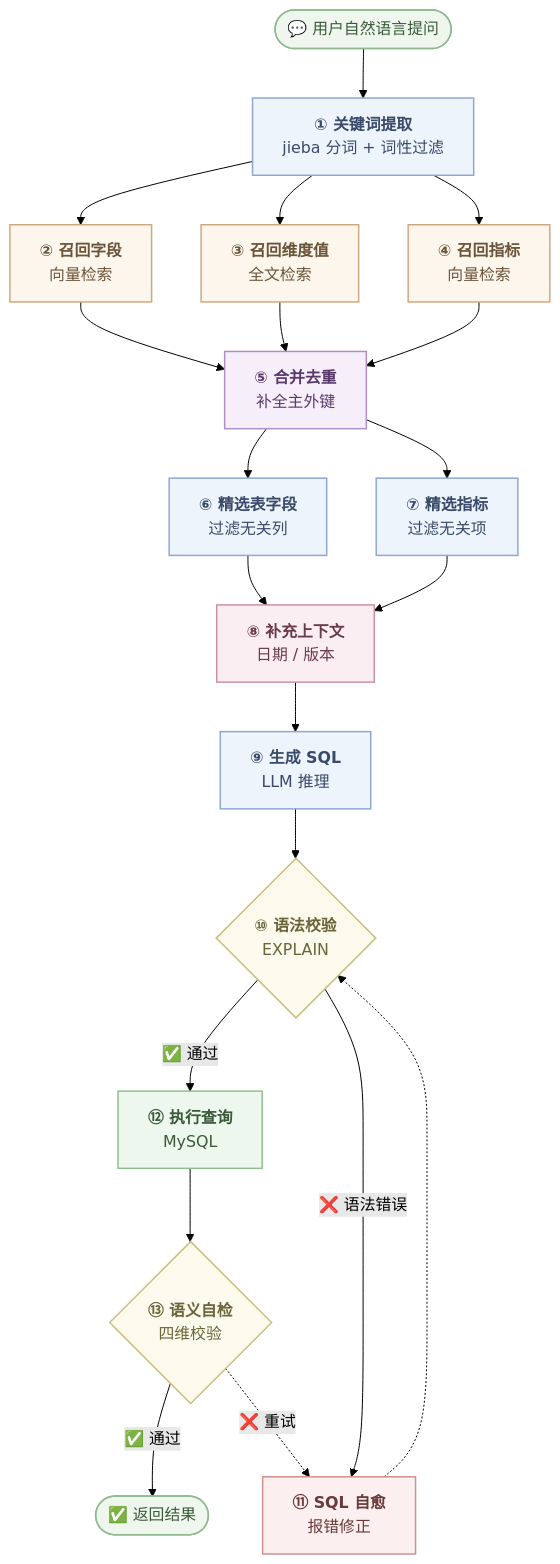
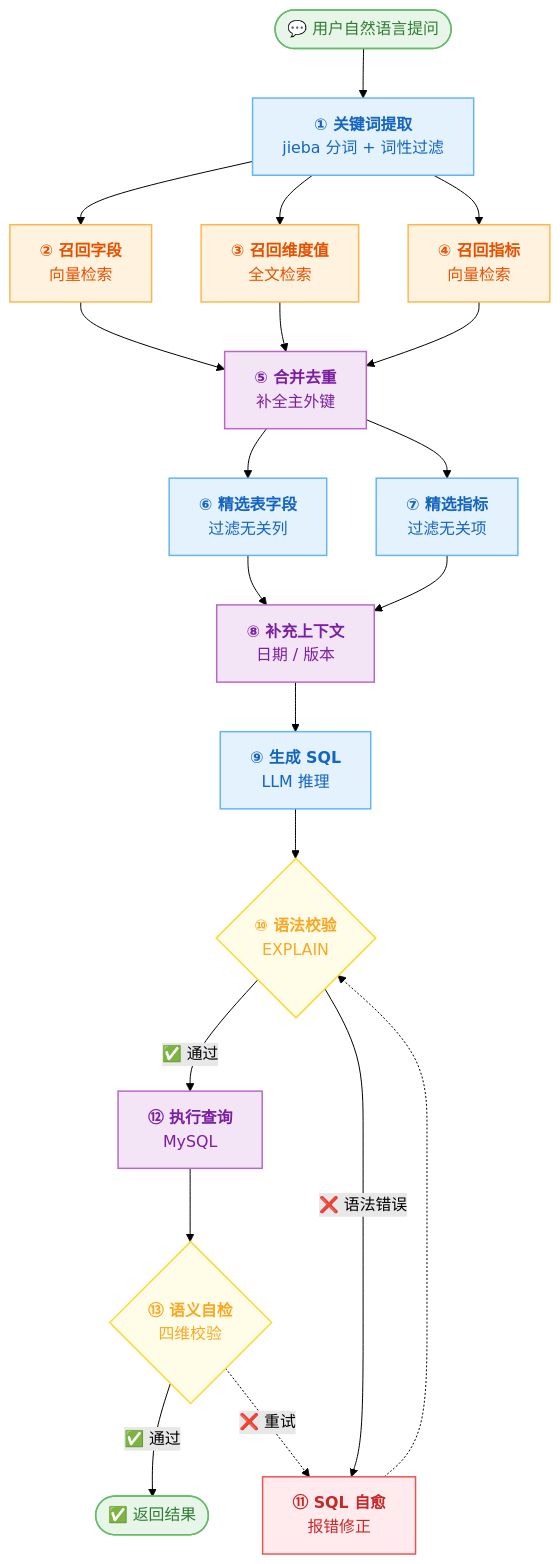
The first of 2 diagrams in README.md (yj9407/RAG-ZhiDaFangZhou), drawn with Mermaid (forest theme) before and after one commit. The commit also changed other lines of this file, not shown here.

Commit message:
style: 精简链路图为 6 色，图例与节点一一对应

````diff
--- a/README.md
+++ b/README.md
@@ -19,41 +19,39 @@
 ```mermaid
 graph TD
     START(["💬 用户自然语言提问"]):::startEnd
     START --> N1["<b>① 关键词提取</b><br/>jieba 分词 + 词性过滤"]:::llm
 
     N1 --> N2["<b>② 召回字段</b><br/>向量检索"]:::search
     N1 --> N3["<b>③ 召回维度值</b><br/>全文检索"]:::search
     N1 --> N4["<b>④ 召回指标</b><br/>向量检索"]:::search
 
     N2 --> N5["<b>⑤ 合并去重</b><br/>补全主外键"]:::merge
     N3 --> N5
     N4 --> N5
 
     N5 --> N6["<b>⑥ 精选表字段</b><br/>过滤无关列"]:::llm
     N5 --> N7["<b>⑦ 精选指标</b><br/>过滤无关项"]:::llm
 
-    N6 --> N8["<b>⑧ 补充上下文</b><br/>日期 / 版本"]:::ctx
+    N6 --> N8["<b>⑧ 补充上下文</b><br/>日期 / 版本"]:::merge
     N7 --> N8
 
     N8 --> N9["<b>⑨ 生成 SQL</b><br/>LLM 推理"]:::llm
 
     N9 --> N10{"<b>⑩ 语法校验</b><br/>EXPLAIN"}:::decision
 
-    N10 -->|"✅ 通过"| N12["<b>⑫ 执行查询</b><br/>MySQL"]:::exec
+    N10 -->|"✅ 通过"| N12["<b>⑫ 执行查询</b><br/>MySQL"]:::merge
     N10 -->|"❌ 语法错误"| N11["<b>⑪ SQL 自愈</b><br/>报错修正"]:::fix
     N11 -.-> N10
 
     N12 --> N13{"<b>⑬ 语义自检</b><br/>四维校验"}:::decision
 
     N13 -->|"✅ 通过"| END(["✅ 返回结果"]):::startEnd
     N13 -.->|"❌ 重试"| N11
 
-    classDef startEnd fill:#eef6ee,stroke:#8fb98f,stroke-width:1.5px,color:#3a5a3a
-    classDef llm fill:#eef4fb,stroke:#8fa8cf,stroke-width:1.5px,color:#3a4a6a
-    classDef search fill:#fdf6ec,stroke:#cfa87f,stroke-width:1.5px,color:#6a543a
-    classDef merge fill:#f6eff9,stroke:#b08fc9,stroke-width:1.5px,color:#5a3a6a
-    classDef ctx fill:#fbeef3,stroke:#cf8fa8,stroke-width:1.5px,color:#6a3a4a
-    classDef decision fill:#fbfaec,stroke:#c9c07f,stroke-width:1.5px,color:#6a653a
-    classDef exec fill:#edf7ed,stroke:#8fbf8f,stroke-width:1.5px,color:#3a5a3a
-    classDef fix fill:#fbefef,stroke:#cf8f8f,stroke-width:1.5px,color:#6a3a3a
+    classDef startEnd fill:#e8f5e9,stroke:#66bb6a,stroke-width:1.5px,color:#2e7d32
+    classDef llm fill:#e3f2fd,stroke:#64b5f6,stroke-width:1.5px,color:#1565c0
+    classDef search fill:#fff3e0,stroke:#ffb74d,stroke-width:1.5px,color:#e65100
+    classDef merge fill:#f3e5f5,stroke:#ba68c8,stroke-width:1.5px,color:#7b1fa2
+    classDef decision fill:#fffde7,stroke:#fdd835,stroke-width:1.5px,color:#f9a825
+    classDef fix fill:#ffebee,stroke:#ef5350,stroke-width:1.5px,color:#c62828
 ```
````
